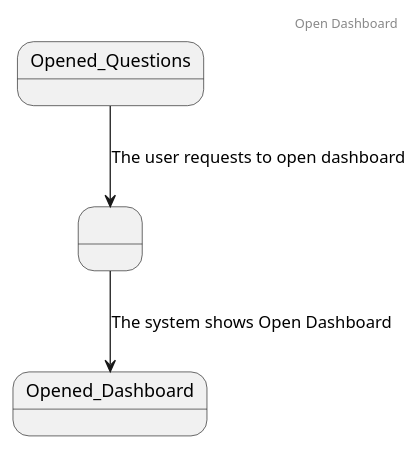
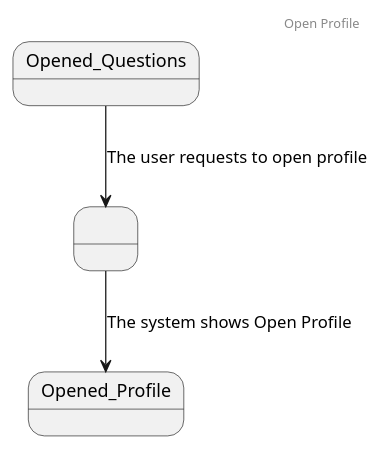
The diagram in src/main/resources/templates/useCases/especificacionesCasosDeUso/openDashboard.plantuml (rafaelacirino/miw-backend-foro), drawn with PlantUML before and after one commit. The commit also changed 9 other files, not shown here.

Commit message:
update diagrams

```diff
--- a/src/main/resources/templates/useCases/especificacionesCasosDeUso/openDashboard.plantuml
+++ b/src/main/resources/templates/useCases/especificacionesCasosDeUso/openDashboard.plantuml
@@ -1,11 +1,11 @@
 @startuml
 
-header Open Dashboard
+header Open Profile
 
 state " " as s1
 
-Opened_Questions -down-> s1 : The user requests to open dashboard
-s1 -down-> Opened_Dashboard : The system shows Open Dashboard
+Opened_Questions -down-> s1 : The user requests to open profile
+s1 -down-> Opened_Profile : The system shows Open Profile
 
 
 @enduml
```
